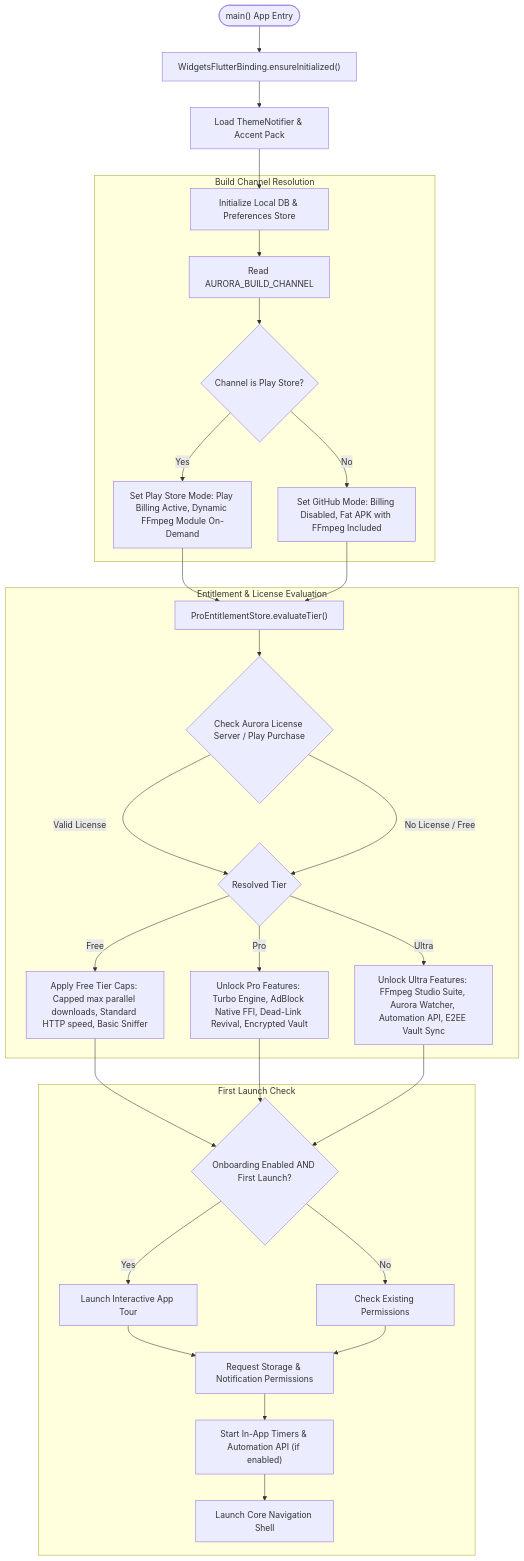
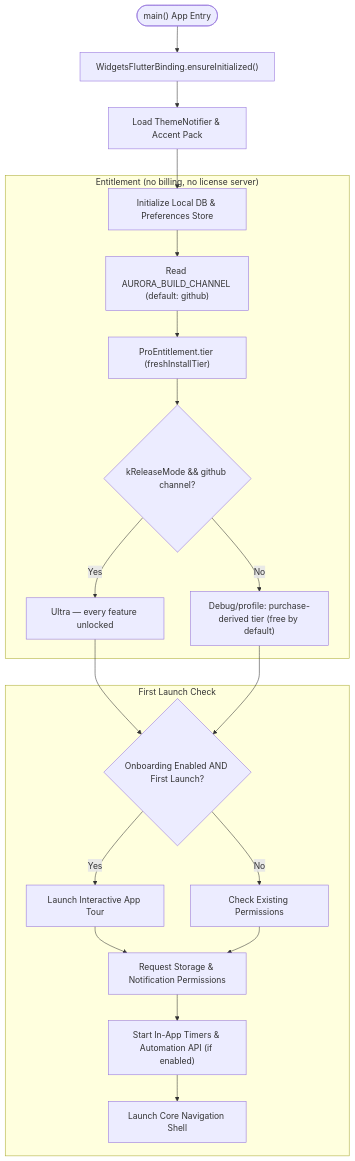
The second of 3 diagrams in README.md (52191314/Aurora_Download_Manager), drawn with Mermaid before and after one commit. The commit also changed other lines of this file, not shown here.

Commit message:
docs: OSS-edition README — Aurora Download Manager branding, no billing/license architecture

````diff
--- a/README.md
+++ b/README.md
@@ -99,38 +98,26 @@
 ```mermaid
 flowchart TD
     Start(["main() App Entry"]) --> InitFlutter["WidgetsFlutterBinding.ensureInitialized()"]
     InitFlutter --> LoadTheme["Load ThemeNotifier & Accent Pack"]
     LoadTheme --> InitDB["Initialize Local DB & Preferences Store"]
 
-    subgraph ChannelResolution ["Build Channel Resolution"]
-        InitDB --> ReadChannel["Read AURORA_BUILD_CHANNEL"]
-        ReadChannel --> IsPlay{"Channel is Play Store?"}
-        IsPlay -- Yes --> PlaySetup["Set Play Store Mode: Play Billing Active, Dynamic FFmpeg Module On-Demand"]
-        IsPlay -- No --> GithubSetup["Set GitHub Mode: Billing Disabled, Fat APK with FFmpeg Included"]
-    end
-
-    subgraph LicenseCheck ["Entitlement & License Evaluation"]
-        PlaySetup --> EvalTier["ProEntitlementStore.evaluateTier()"]
-        GithubSetup --> EvalTier
-        EvalTier --> LicenseServerCheck{"Check Aurora License Server / Play Purchase"}
-        LicenseServerCheck -- Valid License --> TierResult{"Resolved Tier"}
-        LicenseServerCheck -- No License / Free --> TierResult
-
-        TierResult -- Free --> FreeLimits["Apply Free Tier Caps: Capped max parallel downloads, Standard HTTP speed, Basic Sniffer"]
-        TierResult -- Pro --> ProUnlocks["Unlock Pro Features: Turbo Engine, AdBlock Native FFI, Dead-Link Revival, Encrypted Vault"]
-        TierResult -- Ultra --> UltraUnlocks["Unlock Ultra Features: FFmpeg Studio Suite, Aurora Watcher, Automation API, E2EE Vault Sync"]
+    subgraph Entitlement ["Entitlement (no billing, no license server)"]
+        InitDB --> ReadChannel["Read AURORA_BUILD_CHANNEL (default: github)"]
+        ReadChannel --> ResolveTier["ProEntitlement.tier (freshInstallTier)"]
+        ResolveTier --> ReleaseCheck{"kReleaseMode && github channel?"}
+        ReleaseCheck -- Yes --> Ultra["Ultra — every feature unlocked"]
+        ReleaseCheck -- No --> DebugTier["Debug/profile: purchase-derived tier (free by default)"]
     end
 
     subgraph OnboardingFlow ["First Launch Check"]
-        FreeLimits --> CheckFirstLaunch{"Onboarding Enabled AND First Launch?"}
-        ProUnlocks --> CheckFirstLaunch
-        UltraUnlocks --> CheckFirstLaunch
+        Ultra --> CheckFirstLaunch{"Onboarding Enabled AND First Launch?"}
+        DebugTier --> CheckFirstLaunch
 
         CheckFirstLaunch -- Yes --> TourPage["Launch Interactive App Tour"]
         TourPage --> RequestPermissions["Request Storage & Notification Permissions"]
         CheckFirstLaunch -- No --> CheckPerms["Check Existing Permissions"]
         CheckPerms --> RequestPermissions
         RequestPermissions --> StartServices["Start In-App Timers & Automation API (if enabled)"]
         StartServices --> LaunchShell["Launch Core Navigation Shell"]
     end
 ```
````
